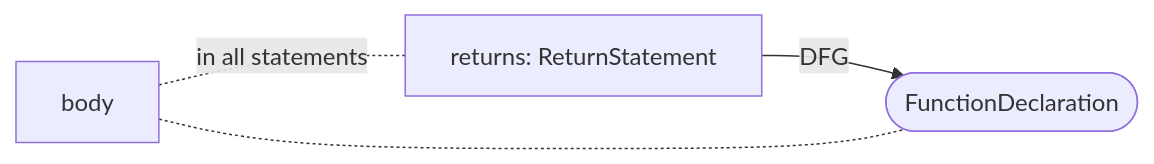
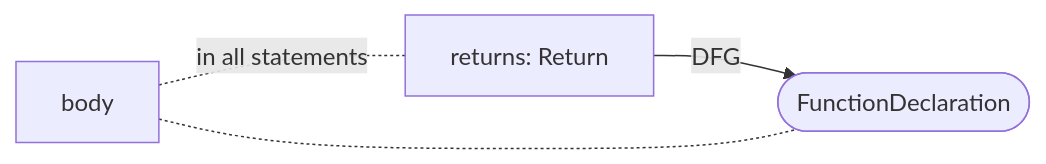
Before and after one commit to Fraunhofer-AISEC/cpg: diagram 36 of 40 in docs/docs/CPG/specs/dfg.md, drawn with Mermaid. The commit also changed other lines of this file and 99 other files, not shown here.

````diff
--- a/docs/docs/CPG/specs/dfg.md
+++ b/docs/docs/CPG/specs/dfg.md
@@ -700,6 +700,6 @@
 ```mermaid
   flowchart LR
     returns -- DFG --> node([FunctionDeclaration]);
     body -.- node;
-    body -.- |in all statements| returns["returns: ReturnStatement"]
+    body -.- |in all statements| returns["returns: Return"]
 ```
````
